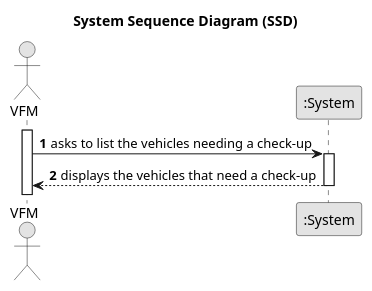
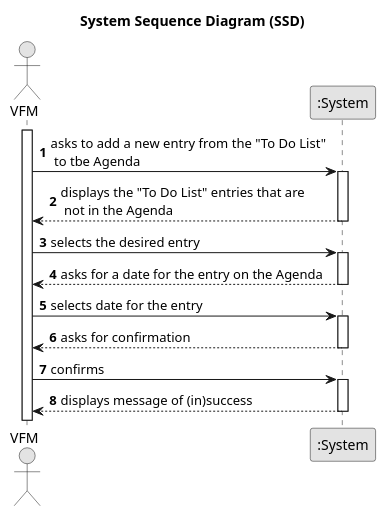
The diagram in docs/sprintC/us022/01.requirements-engineering/puml/us008-system-sequence-diagram.puml (Departamento-de-Engenharia-Informatica/lei-24-s2-1do-g164), drawn with PlantUML before and after one commit.

Commit message:
US022(docs): system sequence diagram done for engeneering requirements

```diff
--- a/docs/sprintC/us022/01.requirements-engineering/puml/us008-system-sequence-diagram.puml
+++ b/docs/sprintC/us022/01.requirements-engineering/puml/us008-system-sequence-diagram.puml
@@ -1,22 +1,40 @@
 @startuml
 skinparam monochrome true
 skinparam packageStyle rectangle
 skinparam shadowing false
 
 title System Sequence Diagram (SSD)
 
 autonumber
 
 actor "VFM" as Employee
 participant ":System" as System
 
 activate Employee
 
-    Employee -> System : asks to list the vehicles needing a check-up
+    Employee -> System : asks to add a new entry from the "To Do List"\n to tbe Agenda
     activate System
 
-        System --> Employee : displays the vehicles that need a check-up
+        System --> Employee : displays the "To Do List" entries that are\n not in the Agenda
     deactivate System
+
+    Employee -> System : selects the desired entry
+        activate System
+
+            System --> Employee : asks for a date for the entry on the Agenda
+        deactivate System
+
+        Employee -> System : selects date for the entry
+            activate System
+
+                System --> Employee : asks for confirmation
+            deactivate System
+
+            Employee -> System : confirms
+                activate System
+
+                    System --> Employee : displays message of (in)success
+                deactivate System
 
 
 @enduml
```
